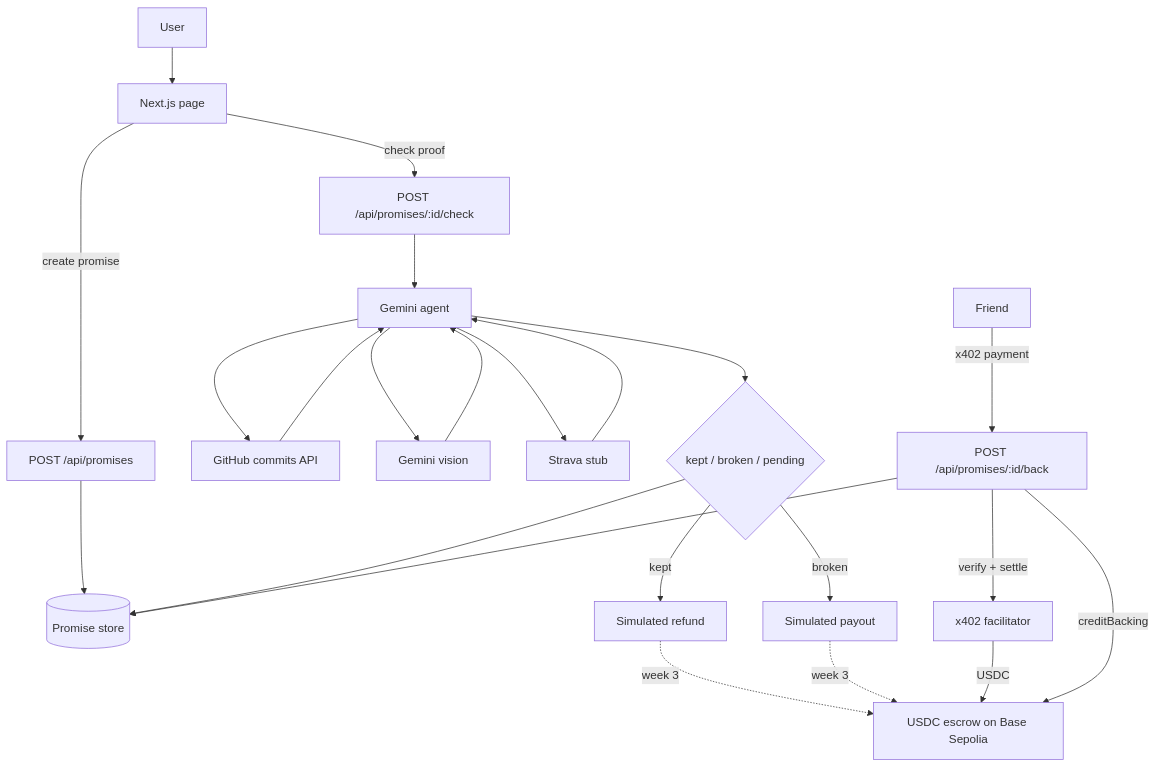
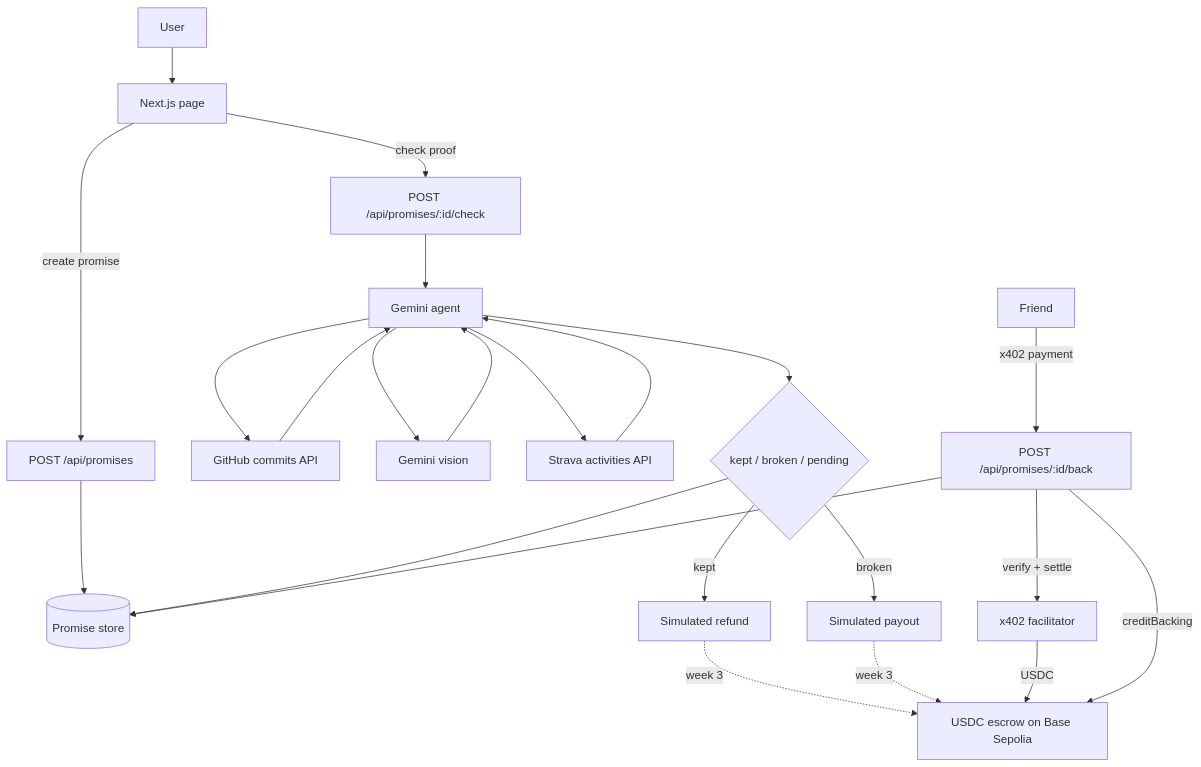
The diagram in README.md (NotAditya01/agentswappy), drawn with Mermaid before and after one commit. The commit also changed other lines of this file, not shown here.

Commit message:
Update README for Strava, drop X auto-posting

````diff
--- a/README.md
+++ b/README.md
@@ -41,25 +42,25 @@
 ```mermaid
 flowchart TD
   User["User"] --> UI["Next.js page"]
   UI -->|create promise| API["POST /api/promises"]
   API --> Store[("Promise store")]
   UI -->|check proof| Check["POST /api/promises/:id/check"]
   Check --> Agent["Gemini agent"]
   Agent --> GH["GitHub commits API"]
   Agent --> Vision["Gemini vision"]
-  Agent --> Strava["Strava stub"]
+  Agent --> Strava["Strava activities API"]
   GH --> Agent
   Vision --> Agent
   Strava --> Agent
   Agent --> Verdict{"kept / broken / pending"}
   Verdict -->|kept| Refund["Simulated refund"]
   Verdict -->|broken| Payout["Simulated payout"]
   Verdict --> Store
   Refund -.->|week 3| Chain["USDC escrow on Base Sepolia"]
   Payout -.->|week 3| Chain
   Friend["Friend"] -->|x402 payment| Back["POST /api/promises/:id/back"]
   Back -->|verify + settle| Facilitator["x402 facilitator"]
   Facilitator -->|USDC| Chain
   Back -->|creditBacking| Chain
   Back --> Store
 ```
````
